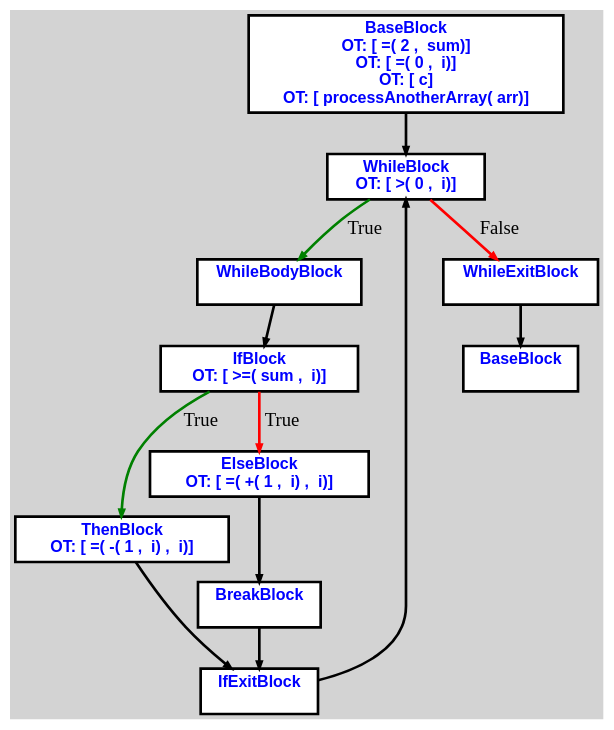
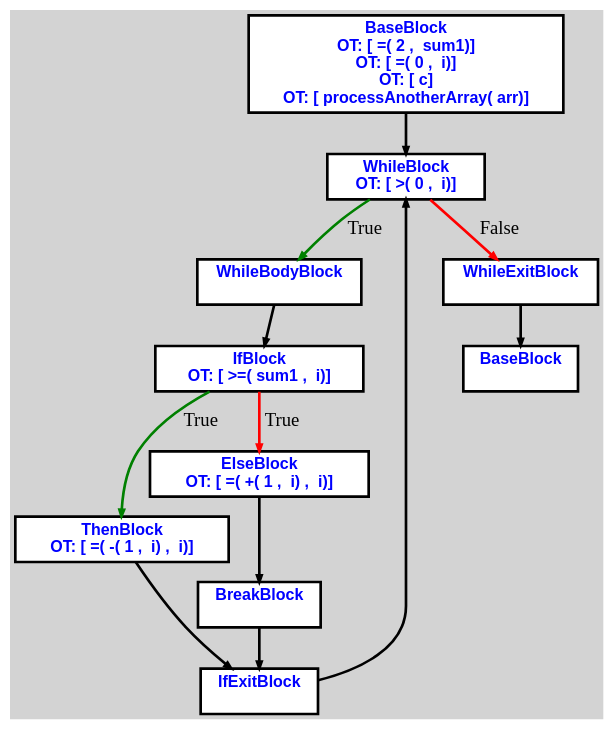
One commit to aveen007/CountingMonkeys changed the diagram in cpoCompilerWin/input.txt.d.dot. Above: the diagram before and after it, drawn with Graphviz. The commit also changed 40 other files, not shown here.

Commit message:
architecture to store data types

```diff
--- a/cpoCompilerWin/input.txt.d.dot
+++ b/cpoCompilerWin/input.txt.d.dot
@@ -1,36 +1,36 @@
 digraph G {
 ordering=out;
 ranksep=.4;
 bgcolor="lightgrey";  node [shape=box, fixedsize=false, fontsize=12, fontname="Helvetica-bold", fontcolor="blue"
 width=.25, height=.25, color="black", fillcolor="white", style="filled, solid, bold"];
 
-edge [arrowsize=.5, color="black", style="bold"]    n000011CED78A23C0 [label="BaseBlock\n OT: [ =( 2 ,  sum)]
+edge [arrowsize=.5, color="black", style="bold"]    n00001220E9BA23C0 [label="BaseBlock\n OT: [ =( 2 ,  sum1)]
 OT: [ =( 0 ,  i)]
 OT: [ c]
 OT: [ processAnotherArray( arr)]
 "]
-    n000011CED78A2420 [label="WhileBlock\n OT: [ >( 0 ,  i)]
+    n00001220E9BA2420 [label="WhileBlock\n OT: [ >( 0 ,  i)]
 "]
-    n000011CED78A23C0 -> n000011CED78A2420
-	   n000011CED78A2420 -> n000011CED78A2480 [ label = "True" color="green"]
-    n000011CED78A2480 [label="WhileBodyBlock\n "]
-    n000011CED78A2540 [label="IfBlock\n OT: [ >=( sum ,  i)]
+    n00001220E9BA23C0 -> n00001220E9BA2420
+	   n00001220E9BA2420 -> n00001220E9BA2480 [ label = "True" color="green"]
+    n00001220E9BA2480 [label="WhileBodyBlock\n "]
+    n00001220E9BA2540 [label="IfBlock\n OT: [ >=( sum1 ,  i)]
 "]
-    n000011CED78A2480 -> n000011CED78A2540
-    n000011CED78A2540 -> n000011CED78A25A0 [label="True" color="green"]
-    n000011CED78A25A0 [label="ThenBlock\n OT: [ =( -( 1 ,  i) ,  i)]
+    n00001220E9BA2480 -> n00001220E9BA2540
+    n00001220E9BA2540 -> n00001220E9BA25A0 [label="True" color="green"]
+    n00001220E9BA25A0 [label="ThenBlock\n OT: [ =( -( 1 ,  i) ,  i)]
 "]
-    n000011CED78A26C0 [label="IfExitBlock\n "]
-    n000011CED78A25A0 -> n000011CED78A26C0
-    n000011CED78A26C0 -> n000011CED78A2420
-    n000011CED78A2540 -> n000011CED78A2600 [label="True" color="red"]
-    n000011CED78A2600 [label="ElseBlock\n OT: [ =( +( 1 ,  i) ,  i)]
+    n00001220E9BA26C0 [label="IfExitBlock\n "]
+    n00001220E9BA25A0 -> n00001220E9BA26C0
+    n00001220E9BA26C0 -> n00001220E9BA2420
+    n00001220E9BA2540 -> n00001220E9BA2600 [label="True" color="red"]
+    n00001220E9BA2600 [label="ElseBlock\n OT: [ =( +( 1 ,  i) ,  i)]
 "]
-    n000011CED78A2660 [label="BreakBlock\n "]
-    n000011CED78A2600 -> n000011CED78A2660
-    n000011CED78A2660 -> n000011CED78A26C0
-	   n000011CED78A2420 -> n000011CED78A24E0 [ label = "False" color="red"]
-    n000011CED78A24E0 [label="WhileExitBlock\n "]
-    n000011CED78A2720 [label="BaseBlock\n "]
-    n000011CED78A24E0 -> n000011CED78A2720
+    n00001220E9BA2660 [label="BreakBlock\n "]
+    n00001220E9BA2600 -> n00001220E9BA2660
+    n00001220E9BA2660 -> n00001220E9BA26C0
+	   n00001220E9BA2420 -> n00001220E9BA24E0 [ label = "False" color="red"]
+    n00001220E9BA24E0 [label="WhileExitBlock\n "]
+    n00001220E9BA2720 [label="BaseBlock\n "]
+    n00001220E9BA24E0 -> n00001220E9BA2720
 }
```
